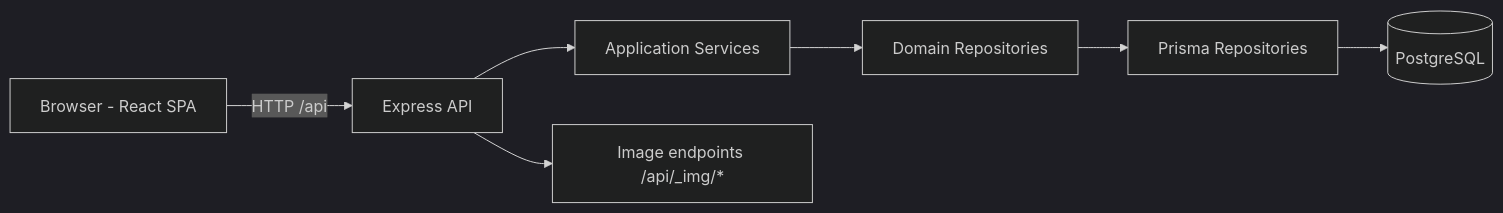
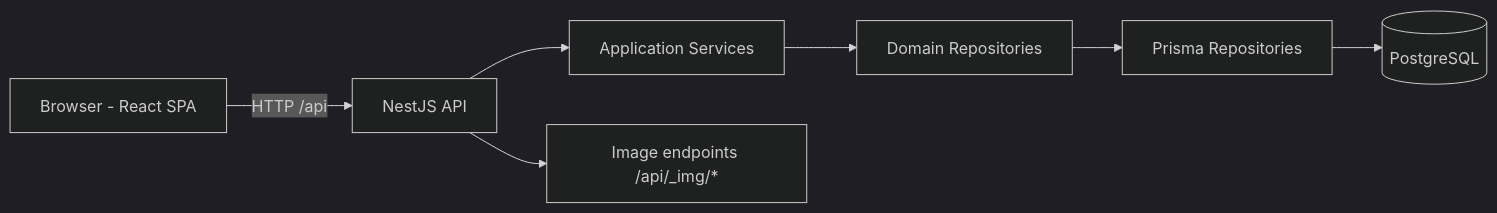
One commit to niraldojunior/oraculo changed the diagram in README.md. Above: the diagram before and after it, drawn with Mermaid (dark theme). The commit also changed other lines of this file and 320 other files, not shown here.

````diff
--- a/README.md
+++ b/README.md
@@ -29,9 +29,9 @@
 ```mermaid
 flowchart LR
-  A[Browser - React SPA] -->|HTTP /api| B[Express API]
+  A[Browser - React SPA] -->|HTTP /api| B[NestJS API]
   B --> C[Application Services]
   C --> D[Domain Repositories]
   D --> E[Prisma Repositories]
   E --> F[(PostgreSQL)]
   B --> G[Image endpoints /api/_img/*]
 ```
````
